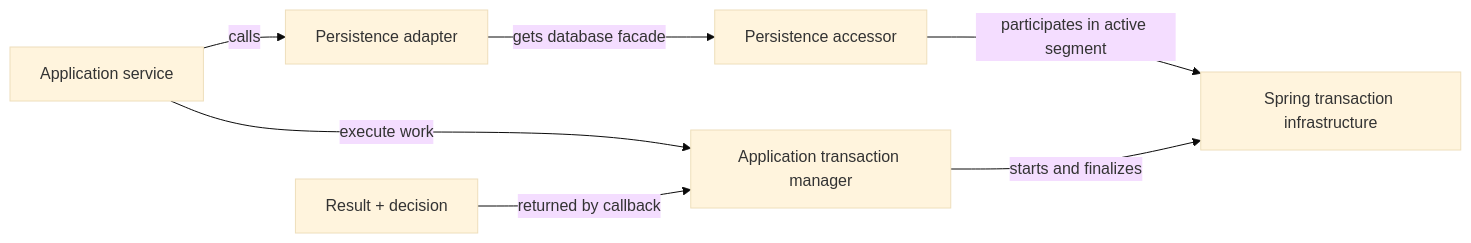
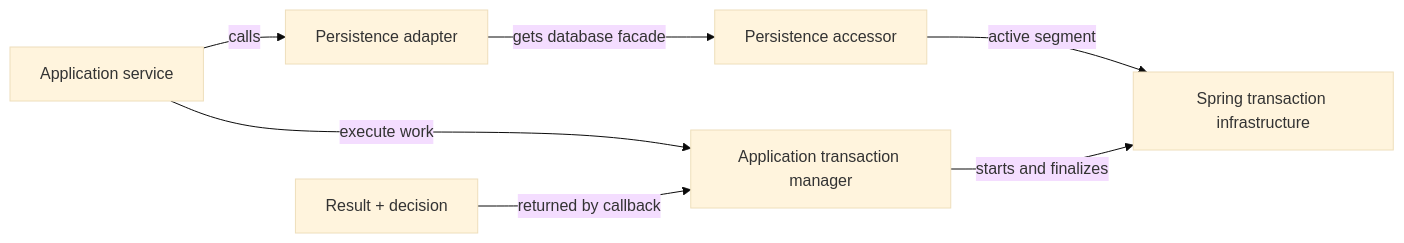
The first of 2 diagrams in docs/architecture/transactions.md (frederik-hoeft/min-favs-sharewise), drawn with Mermaid (base theme) before and after one commit. The commit also changed other lines of this file, not shown here.

````diff
--- a/docs/architecture/transactions.md
+++ b/docs/architecture/transactions.md
@@ -21,9 +21,9 @@
 ```mermaid
 flowchart LR
     Service["Application service"] -->|"execute work"| Manager["Application transaction manager"]
     Service -->|"calls"| Adapter["Persistence adapter"]
     Adapter -->|"gets database facade"| Accessor["Persistence accessor"]
-    Accessor -->|"participates in active segment"| Spring["Spring transaction infrastructure"]
+    Accessor -->|"active segment"| Spring["Spring transaction infrastructure"]
     Manager -->|"starts and finalizes"| Spring
     Outcome["Result + decision"] -->|"returned by callback"| Manager
 ```
````
